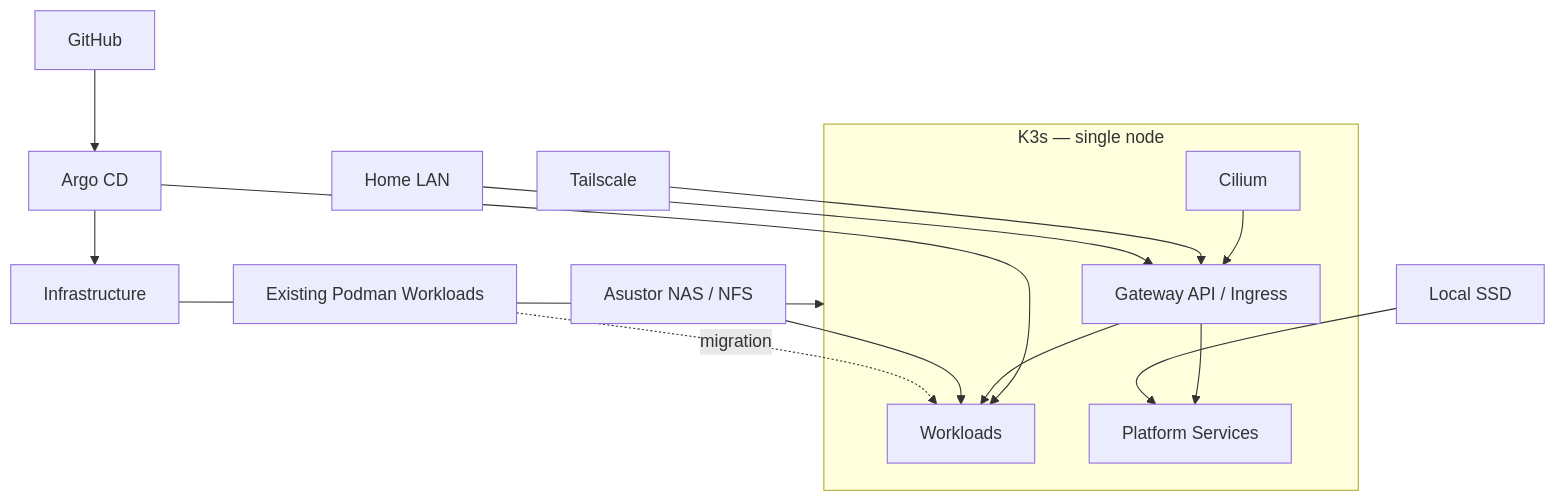
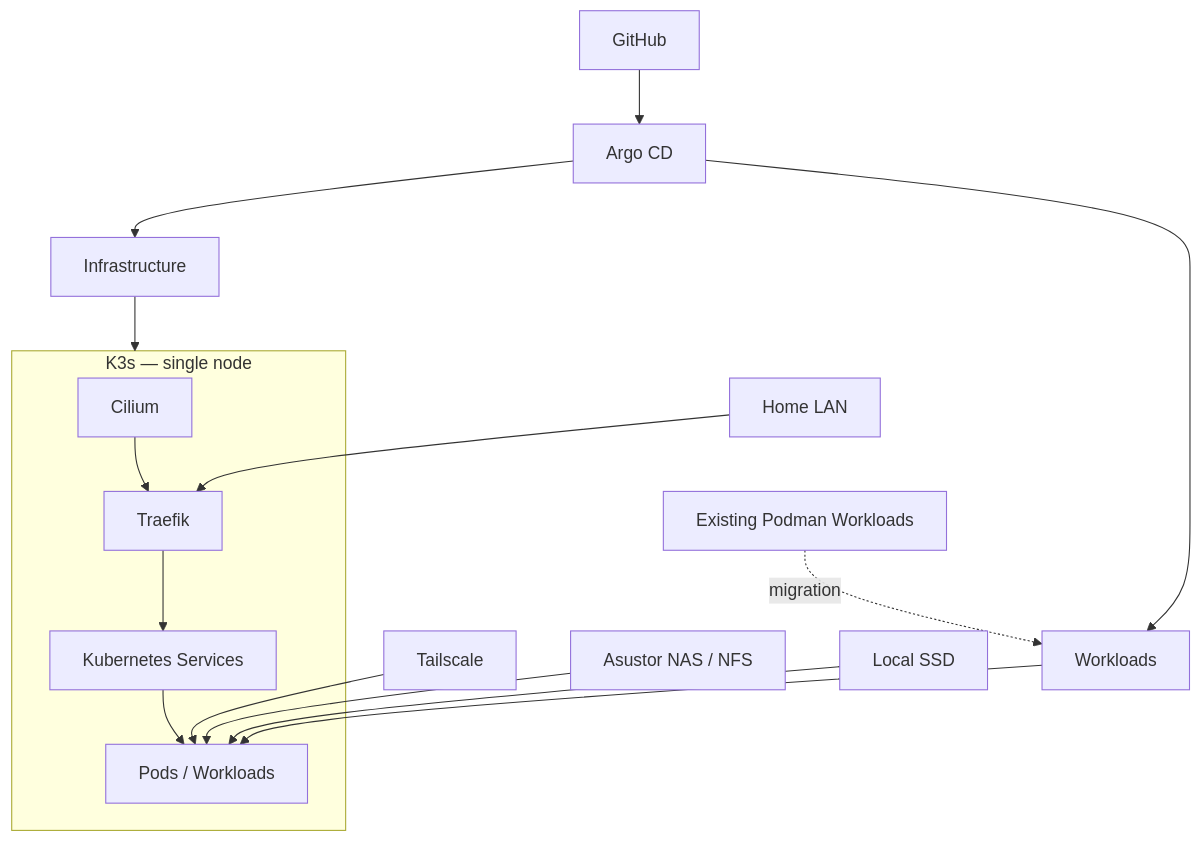
The diagram in README.md (shatadru/homelab), drawn with Mermaid before and after one commit. The commit also changed other lines of this file, not shown here.

Commit message:
docs: refine project README

````diff
--- a/README.md
+++ b/README.md
@@ -10,24 +10,23 @@
 ```mermaid
 graph TD
     G[GitHub] --> A[Argo CD]
     A --> I[Infrastructure]
     A --> W[Workloads]
 
     subgraph K[K3s — single node]
         C[Cilium]
-        GW[Gateway API / Ingress]
-        P[Platform Services]
-        C --> GW
-        GW --> P
-        GW --> W
+        T[Traefik]
+        S[Kubernetes Services]
+        P[Pods / Workloads]
+        C --> T --> S --> P
     end
 
     I --> K
-
-    T[Tailscale] --> GW
-    L[Home LAN] --> GW
-    N[Asustor NAS / NFS] --> W
-    S[Local SSD] --> P
+    W --> P
+    L[Home LAN] --> T
+    R[Tailscale] --> P
+    N[Asustor NAS / NFS] --> P
+    D[Local SSD] --> P
 
     X[Existing Podman Workloads] -. migration .-> W
 ```
````
